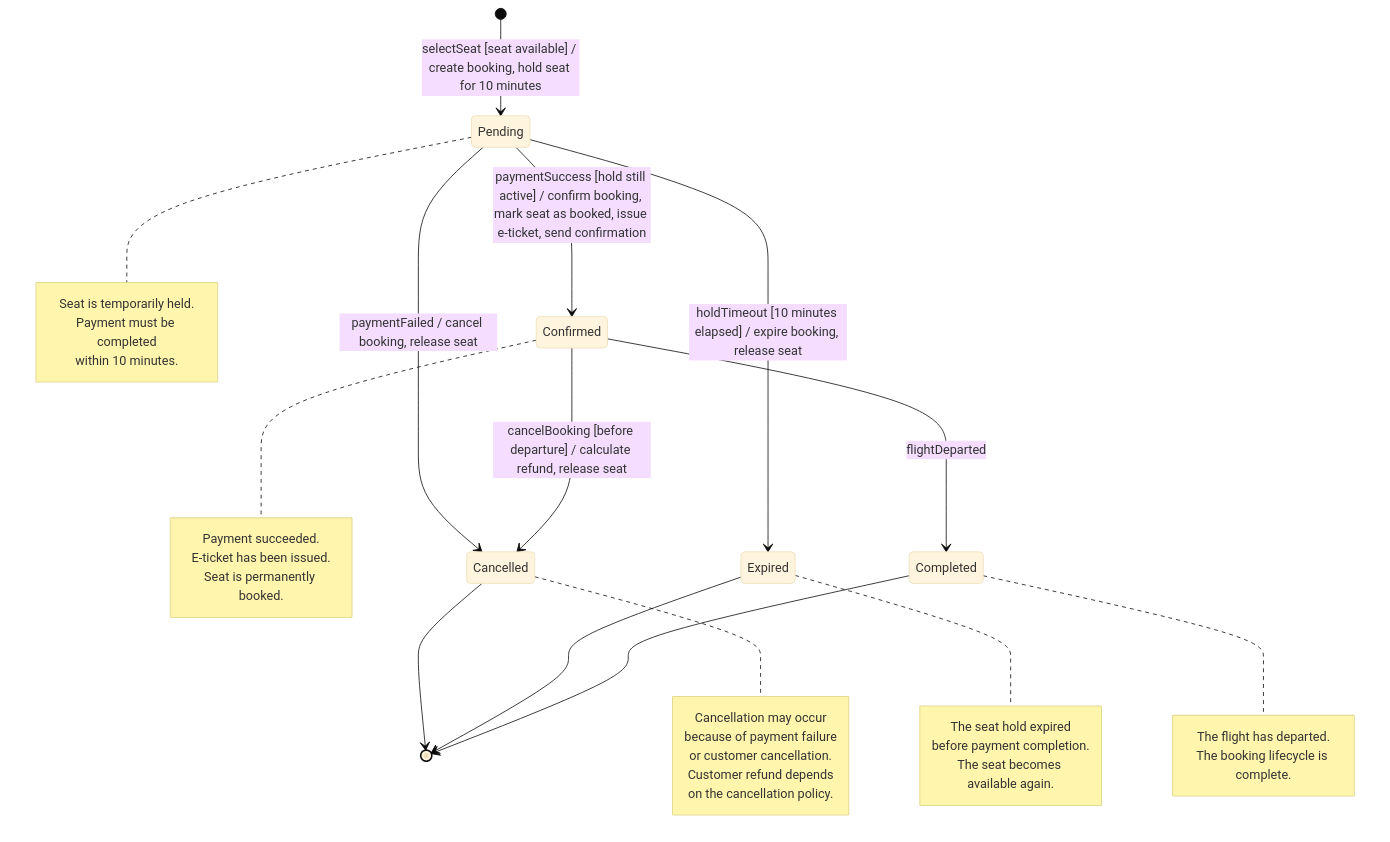
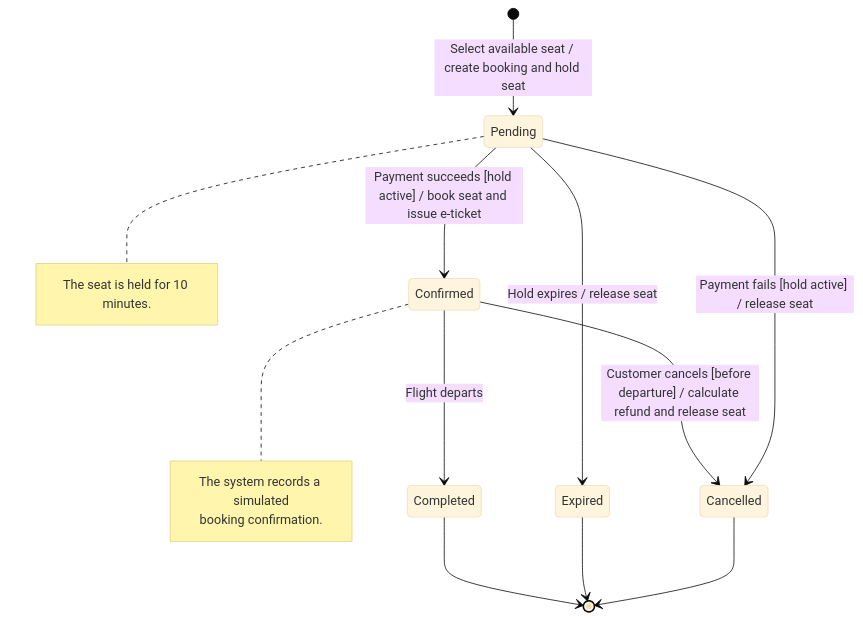
Before and after one commit to AbdalslamBondoq/Software-project-Flight-Booking-System: the diagram in uml/state_booking.md, drawn with Mermaid (base theme). The commit also changed other lines of this file, not shown here.

Commit message:
Complete the seat hold expiry rule in the booking state diagram

````diff
--- a/uml/state_booking.md
+++ b/uml/state_booking.md
@@ -13,50 +9,24 @@
 ```mermaid
 stateDiagram-v2
+    [*] --> Pending : Select available seat / create booking and hold seat
 
-    [*] --> Pending : selectSeat [seat available] / create booking, hold seat for 10 minutes
+    Pending --> Confirmed : Payment succeeds [hold active] / book seat and issue e-ticket
+    Pending --> Cancelled : Payment fails [hold active] / release seat
+    Pending --> Expired : Hold expires / release seat
 
-    Pending --> Confirmed : paymentSuccess [hold still active] / confirm booking, mark seat as booked, issue e-ticket, send confirmation
-
-    Pending --> Cancelled : paymentFailed / cancel booking, release seat
-
-    Pending --> Expired : holdTimeout [10 minutes elapsed] / expire booking, release seat
-
-    Confirmed --> Cancelled : cancelBooking [before departure] / calculate refund, release seat
-
-    Confirmed --> Completed : flightDeparted
+    Confirmed --> Cancelled : Customer cancels [before departure] / calculate refund and release seat
+    Confirmed --> Completed : Flight departs
 
     Cancelled --> [*]
     Expired --> [*]
     Completed --> [*]
 
     note right of Pending
-        Seat is temporarily held.
-        Payment must be completed
-        within 10 minutes.
+        The seat is held for 10 minutes.
     end note
 
     note right of Confirmed
-        Payment succeeded.
-        E-ticket has been issued.
-        Seat is permanently booked.
-    end note
-
-    note right of Cancelled
-        Cancellation may occur
-        because of payment failure
-        or customer cancellation.
-        Customer refund depends
-        on the cancellation policy.
-    end note
-
-    note right of Expired
-        The seat hold expired
-        before payment completion.
-        The seat becomes available again.
-    end note
-
-    note right of Completed
-        The flight has departed.
-        The booking lifecycle is complete.
+        The system records a simulated
+        booking confirmation.
     end note
 ```
````
